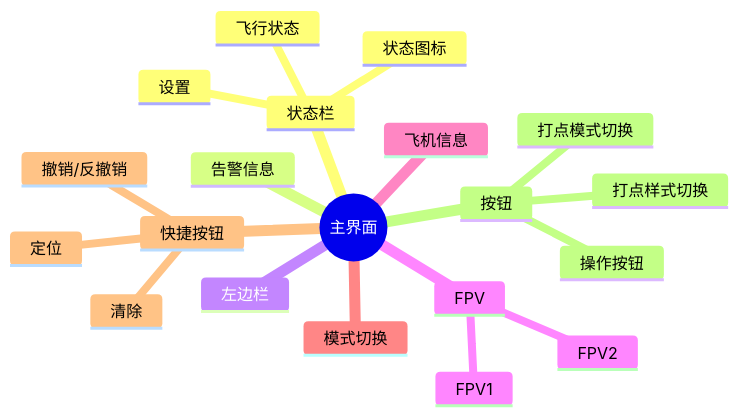
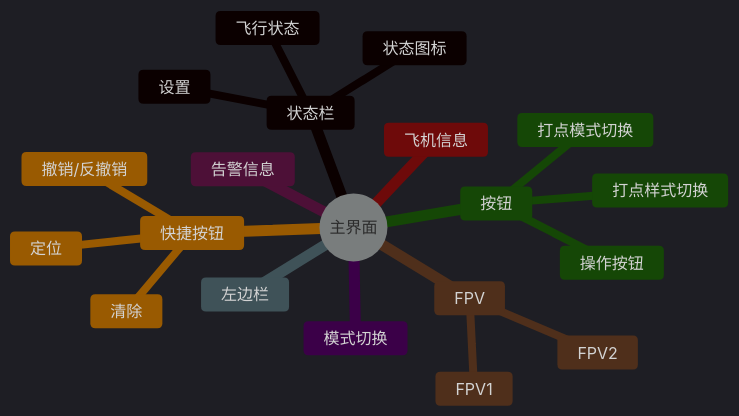
Before and after one commit to btONF/btonf.github.io: the first of 2 diagrams in src/site/notes/工作/植保app主界面架构设计.md, drawn with Mermaid. The commit also changed other lines of this file, not shown here.

````diff
--- a/src/site/notes/工作/植保app主界面架构设计.md
+++ b/src/site/notes/工作/植保app主界面架构设计.md
@@ -10,23 +10,24 @@
 ```mermaid
+%%{init: {'theme':'dark'}}%%
 mindmap
 	root((主界面))
 		状态栏
 			飞行状态
 			设置
 			状态图标
 		告警信息
 		左边栏
 		FPV
 			FPV1
 			FPV2
 		飞机信息
 		模式切换
 		快捷按钮
 			撤销/反撤销
 			定位
 			清除
 		按钮
 			操作按钮
 			打点模式切换
 			打点样式切换
 ```
````
